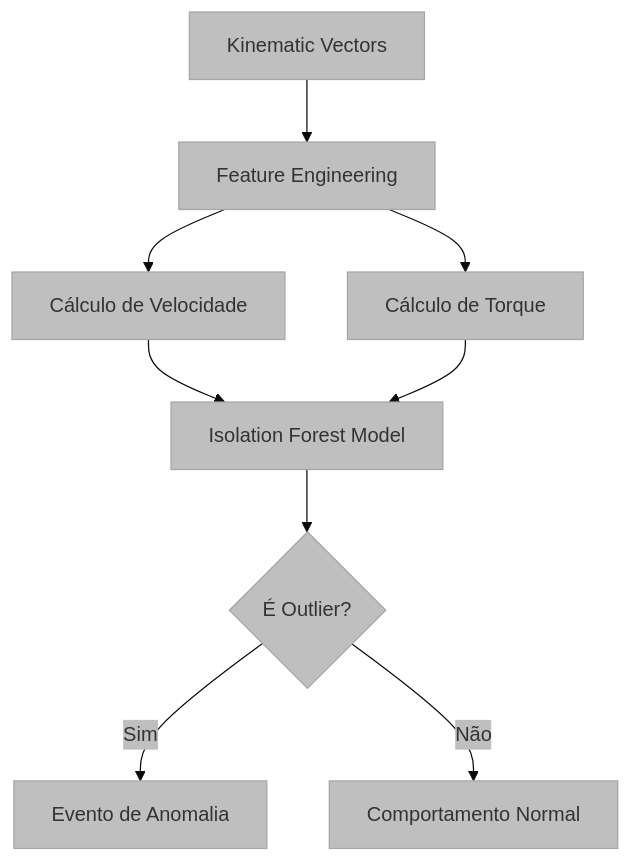
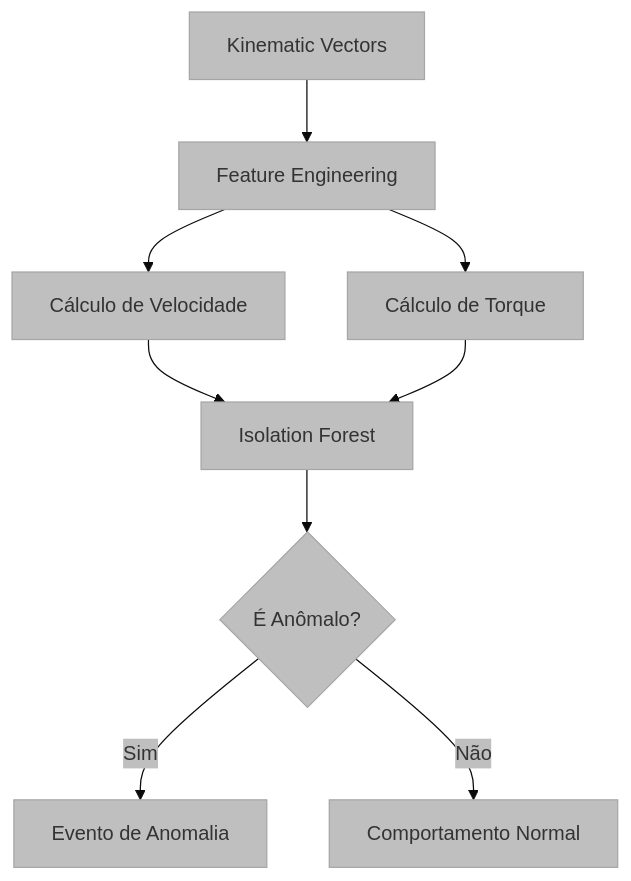
One commit to marcus-v-rodrigues/ux-auditor-api changed the diagram in docs/ml_anomalies_analysis.md. Above: the diagram before and after it, drawn with Mermaid. The commit also changed other lines of this file and 11 other files, not shown here.

````diff
--- a/docs/ml_anomalies_analysis.md
+++ b/docs/ml_anomalies_analysis.md
@@ -7,11 +9,11 @@
 ```mermaid
 %%{init: {'theme': 'base', 'themeVariables': { 'primaryColor': '#bfbfbf', 'edgeColor': '#5d5d5d' }, "flowchart": {"subGraphTitleMargin": {"bottom": 30}}}}%%
 graph TD
     KV[Kinematic Vectors] --> FE[Feature Engineering]
     FE --> V[Cálculo de Velocidade]
     FE --> T[Cálculo de Torque]
-    V & T --> IF[Isolation Forest Model]
-    IF --> Outliers{É Outlier?}
+    V & T --> M[Isolation Forest]
+    M --> Outliers{É Anômalo?}
     Outliers -->|Sim| AI[Evento de Anomalia]
     Outliers -->|Não| Normal[Comportamento Normal]
 ```
````
